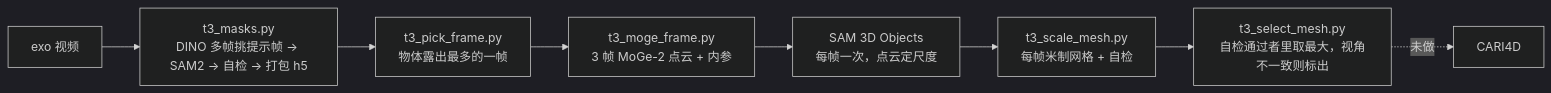
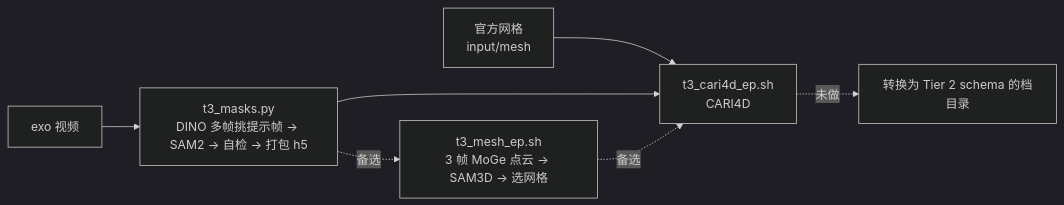
The diagram in stages/recovery/tier3/README.md (Manifold-ai/maniphys_lab_v2d_challenge), drawn with Mermaid (dark theme) before and after one commit. The commit also changed other lines of this file and 2 other files, not shown here.

First line of the commit message:
feat(recovery/tier3): CARI4D on the official Track 2 mesh; SAM3D meshes become the fallback

````diff
--- a/stages/recovery/tier3/README.md
+++ b/stages/recovery/tier3/README.md
@@ -29,10 +33,9 @@
 ```mermaid
 flowchart LR
   V[exo 视频] --> M[t3_masks.py<br/>DINO 多帧挑提示帧 → SAM2 → 自检 → 打包 h5]
-  M --> P[t3_pick_frame.py<br/>物体露出最多的一帧]
-  P --> G[t3_moge_frame.py<br/>3 帧 MoGe-2 点云 + 内参]
-  G --> S[SAM 3D Objects<br/>每帧一次，点云定尺度]
-  S --> C[t3_scale_mesh.py<br/>每帧米制网格 + 自检]
-  C --> X[t3_select_mesh.py<br/>自检通过者里取最大，视角不一致则标出]
-  X -.未做.-> K[CARI4D]
+  G[官方网格<br/>input/mesh] --> K[t3_cari4d_ep.sh<br/>CARI4D]
+  M --> K
+  K -.未做.-> L[转换为 Tier 2 schema 的档目录]
+  M -.备选.-> P[t3_mesh_ep.sh<br/>3 帧 MoGe 点云 → SAM3D → 选网格]
+  P -.备选.-> K
 ```
````
